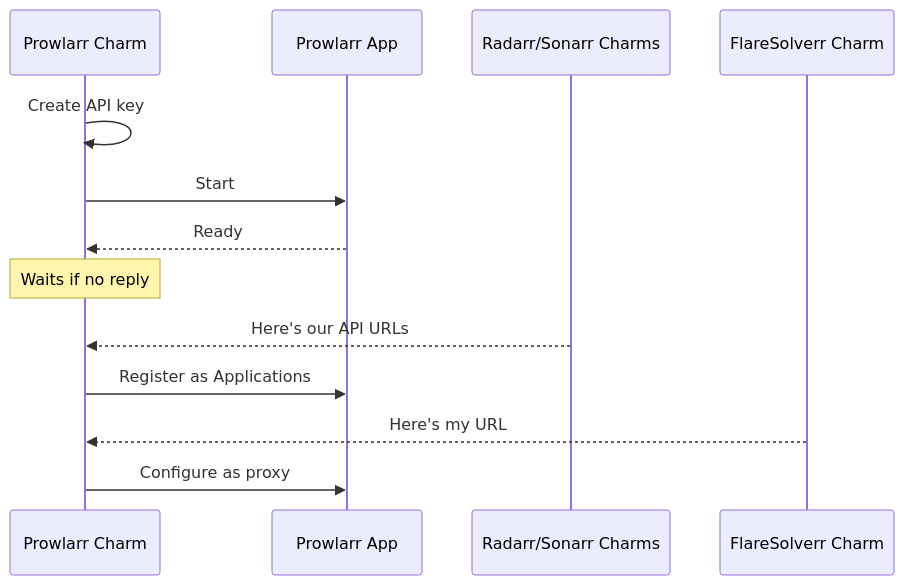
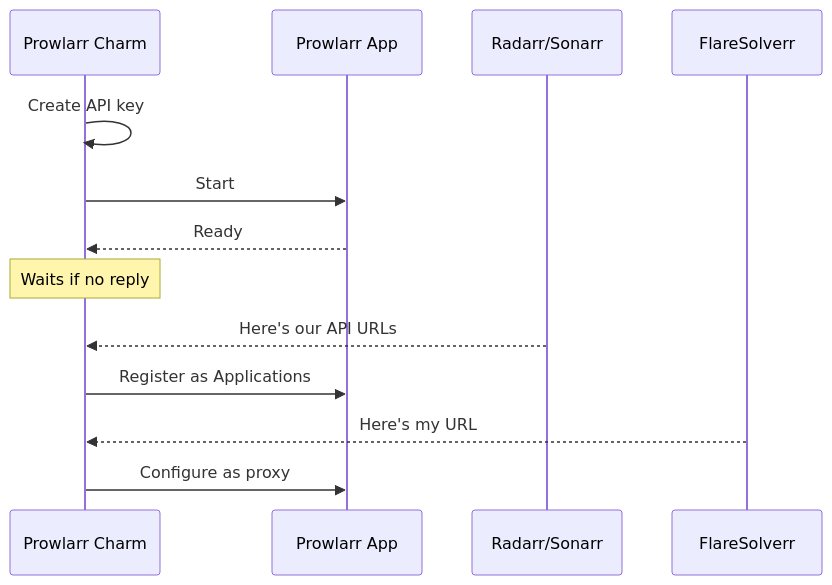
The first of 2 diagrams in docs/charms/media-indexer.md (charmarr/charmarr), drawn with Mermaid before and after one commit. The commit also changed other lines of this file and 23 other files, not shown here.

````diff
--- a/docs/charms/media-indexer.md
+++ b/docs/charms/media-indexer.md
@@ -32,18 +32,18 @@
 ```mermaid
 sequenceDiagram
     participant PC as Prowlarr Charm
     participant Prowlarr as Prowlarr App
-    participant RC as Radarr/Sonarr Charms
-    participant FS as FlareSolverr Charm
+    participant RC as Radarr/Sonarr
+    participant FlareSolverr
 
     PC->>PC: Create API key
     PC->>Prowlarr: Start
     Prowlarr-->>PC: Ready
     Note over PC: Waits if no reply
 
     RC-->>PC: Here's our API URLs
     PC->>Prowlarr: Register as Applications
 
-    FS-->>PC: Here's my URL
+    FlareSolverr-->>PC: Here's my URL
     PC->>Prowlarr: Configure as proxy
 ```
````
